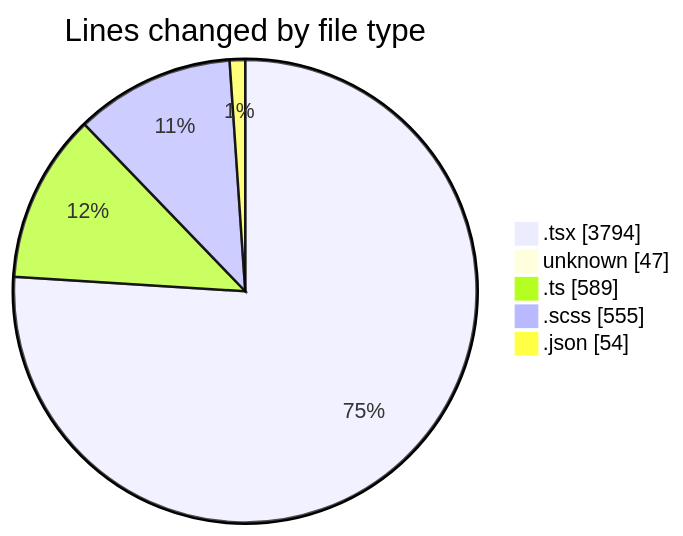
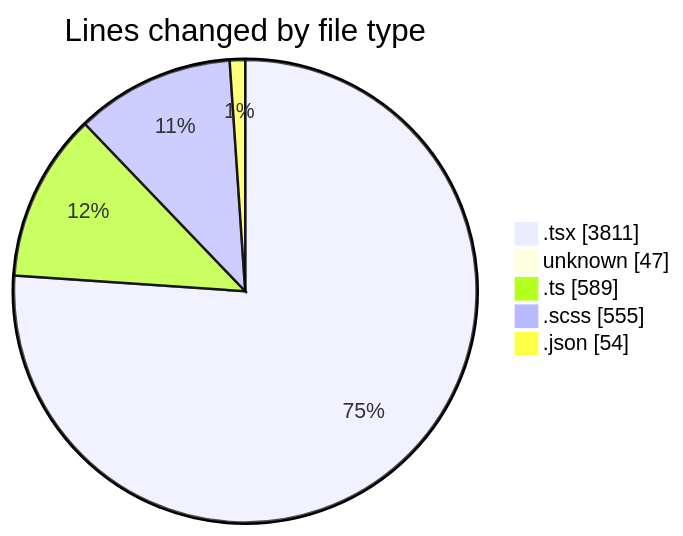
Before and after one commit to momahboobian/code-tracking: the first of 2 diagrams in 2025-09-18/cda/README.md, drawn with Mermaid. The commit also changed other lines of this file and 1 other file, not shown here.

````diff
--- a/2025-09-18/cda/README.md
+++ b/2025-09-18/cda/README.md
@@ -29,9 +29,9 @@
 ```mermaid
 pie showData
 title Lines changed by file type
-".tsx" : 3794
+".tsx" : 3811
 "unknown" : 47
 ".ts" : 589
 ".scss" : 555
 ".json" : 54
 ```
````
